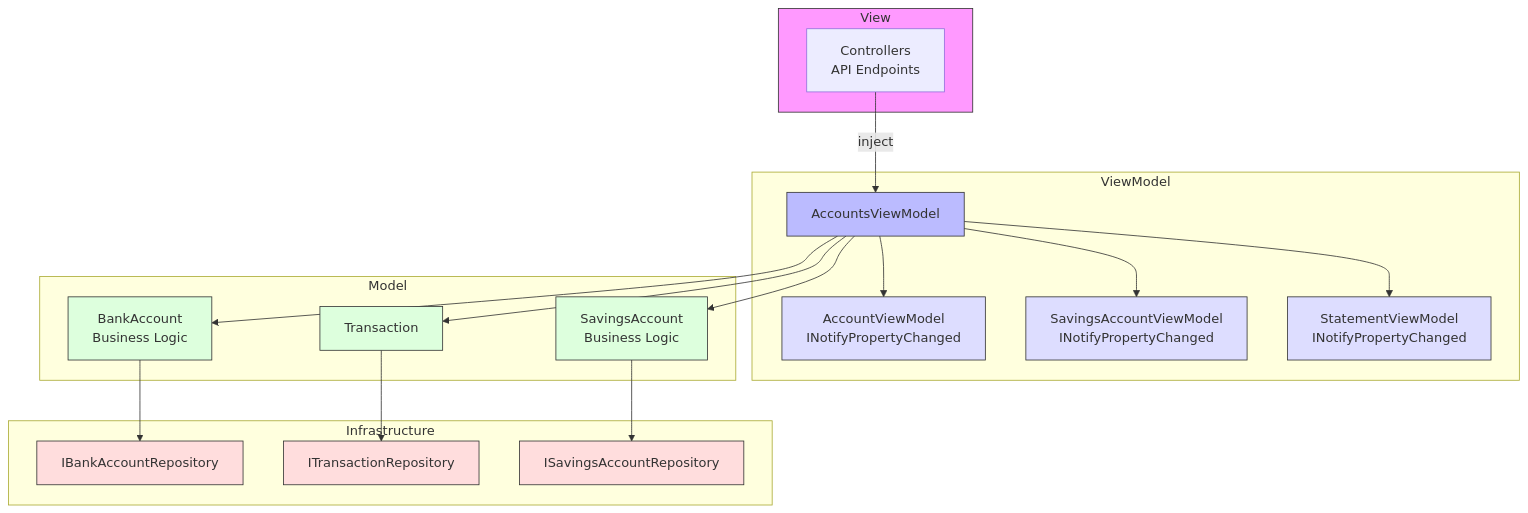
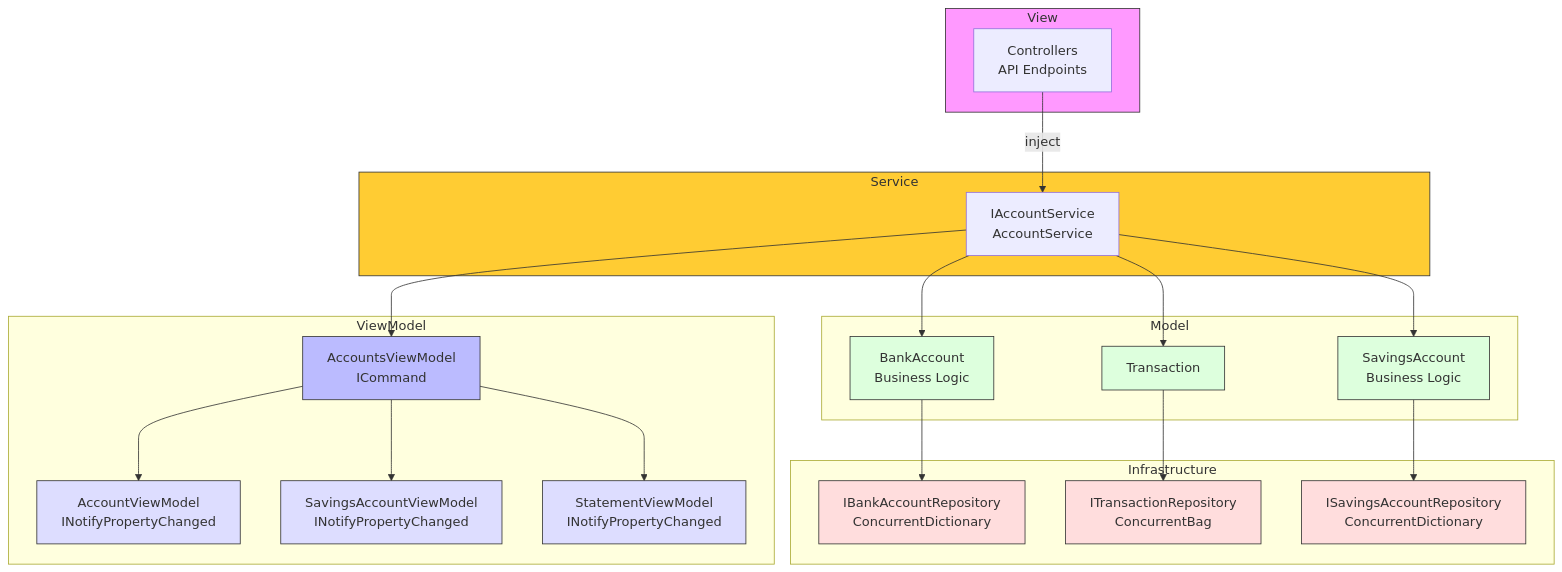
One commit to EL-R1/BankingKata-MVVM changed the first of 2 diagrams in README.md. Above: the diagram before and after it, drawn with Mermaid. The commit also changed other lines of this file and 8 other files, not shown here.

First line of the commit message:
Refactor to proper MVVM with Service layer, thread-safety and ICommand

````diff
--- a/README.md
+++ b/README.md
@@ -55,50 +71,56 @@
 ```mermaid
 graph TB
     subgraph "View"
         C[Controllers<br/>API Endpoints]
     end
 
     subgraph "ViewModel"
-        AVM[AccountsViewModel]
+        AVM[AccountsViewModel<br/>ICommand]
         AV[AccountViewModel<br/>INotifyPropertyChanged]
         SV[SavingsAccountViewModel<br/>INotifyPropertyChanged]
         StV[StatementViewModel<br/>INotifyPropertyChanged]
+    end
+
+    subgraph "Service"
+        AS[IAccountService<br/>AccountService]
     end
 
     subgraph "Model"
         BA[BankAccount<br/>Business Logic]
         SA[SavingsAccount<br/>Business Logic]
         T[Transaction]
     end
 
     subgraph "Infrastructure"
-        IBR[IBankAccountRepository]
-        ITR[ITransactionRepository]
-        ISR[ISavingsAccountRepository]
+        IBR[IBankAccountRepository<br/>ConcurrentDictionary]
+        ITR[ITransactionRepository<br/>ConcurrentBag]
+        ISR[ISavingsAccountRepository<br/>ConcurrentDictionary]
     end
 
-    C -->|inject| AVM
+    C -->|inject| AS
+    AS --> AVM
     AVM --> AV
     AVM --> SV
     AVM --> StV
 
-    AVM --> BA
-    AVM --> SA
-    AVM --> T
+    AS --> BA
+    AS --> SA
+    AS --> T
 
     BA --> IBR
     SA --> ISR
     T --> ITR
 
     style View fill:#f9f,stroke:#333
+    style Service fill:#fc3,stroke:#333
     style AVM fill:#bbf,stroke:#333
     style AV fill:#ddf,stroke:#333
     style SV fill:#ddf,stroke:#333
     style StV fill:#ddf,stroke:#333
     style BA fill:#dfd,stroke:#333
     style SA fill:#dfd,stroke:#333
     style T fill:#dfd,stroke:#333
     style IBR fill:#fdd,stroke:#333
     style ITR fill:#fdd,stroke:#333
     style ISR fill:#fdd,stroke:#333
 ```
````
